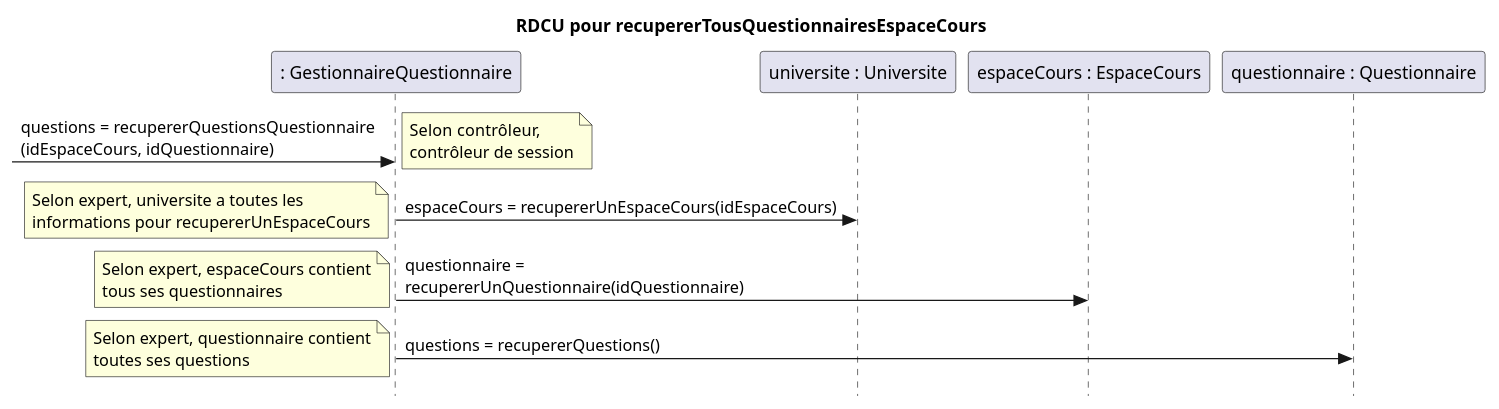
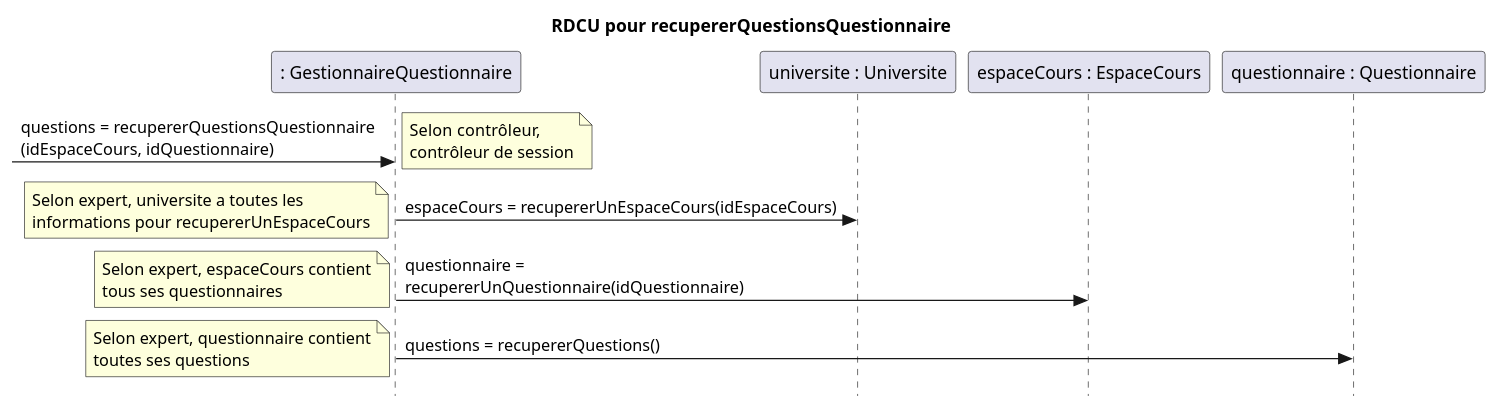
Before and after one commit to nerdz88/SGA-TS: the second of 4 diagrams in docs/Passer questionnaire/RDCU_passerQuestionnaire.puml, drawn with PlantUML. The commit also changed 1 other file, not shown here.

```diff
--- a/docs/Passer questionnaire/RDCU_passerQuestionnaire.puml
+++ b/docs/Passer questionnaire/RDCU_passerQuestionnaire.puml
@@ -16,17 +16,17 @@
 @startuml recupererQuestionsQuestionnaire
 skinparam style strictuml
 skinparam defaultfontname Verdana
-title RDCU pour recupererTousQuestionnairesEspaceCours
+title RDCU pour recupererQuestionsQuestionnaire
 participant ": GestionnaireQuestionnaire" as gestionnaireQuestion
 participant "universite : Universite" as universite
 participant "espaceCours : EspaceCours" as cours
 participant "questionnaire : Questionnaire" as questionnaire
 -> gestionnaireQuestion : questions = recupererQuestionsQuestionnaire\n(idEspaceCours, idQuestionnaire)
 note left : Selon contrôleur,\ncontrôleur de session
 gestionnaireQuestion -> universite : espaceCours = recupererUnEspaceCours(idEspaceCours)
 note left : Selon expert, universite a toutes les\ninformations pour recupererUnEspaceCours
 gestionnaireQuestion -> cours : questionnaire =\nrecupererUnQuestionnaire(idQuestionnaire)
 note left : Selon expert, espaceCours contient\ntous ses questionnaires
 gestionnaireQuestion -> questionnaire : questions = recupererQuestions()
 note left : Selon expert, questionnaire contient\ntoutes ses questions
 @enduml 
```
